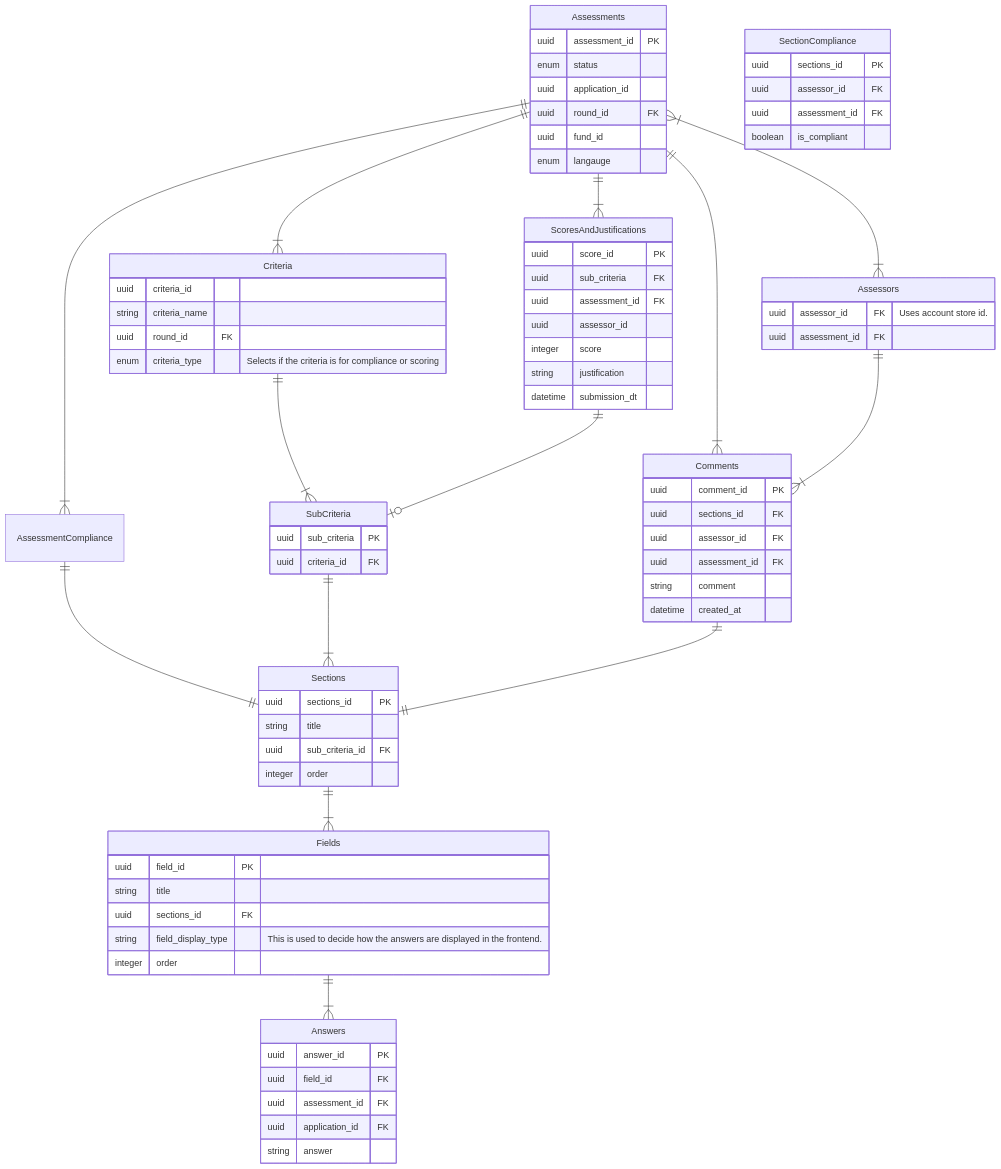
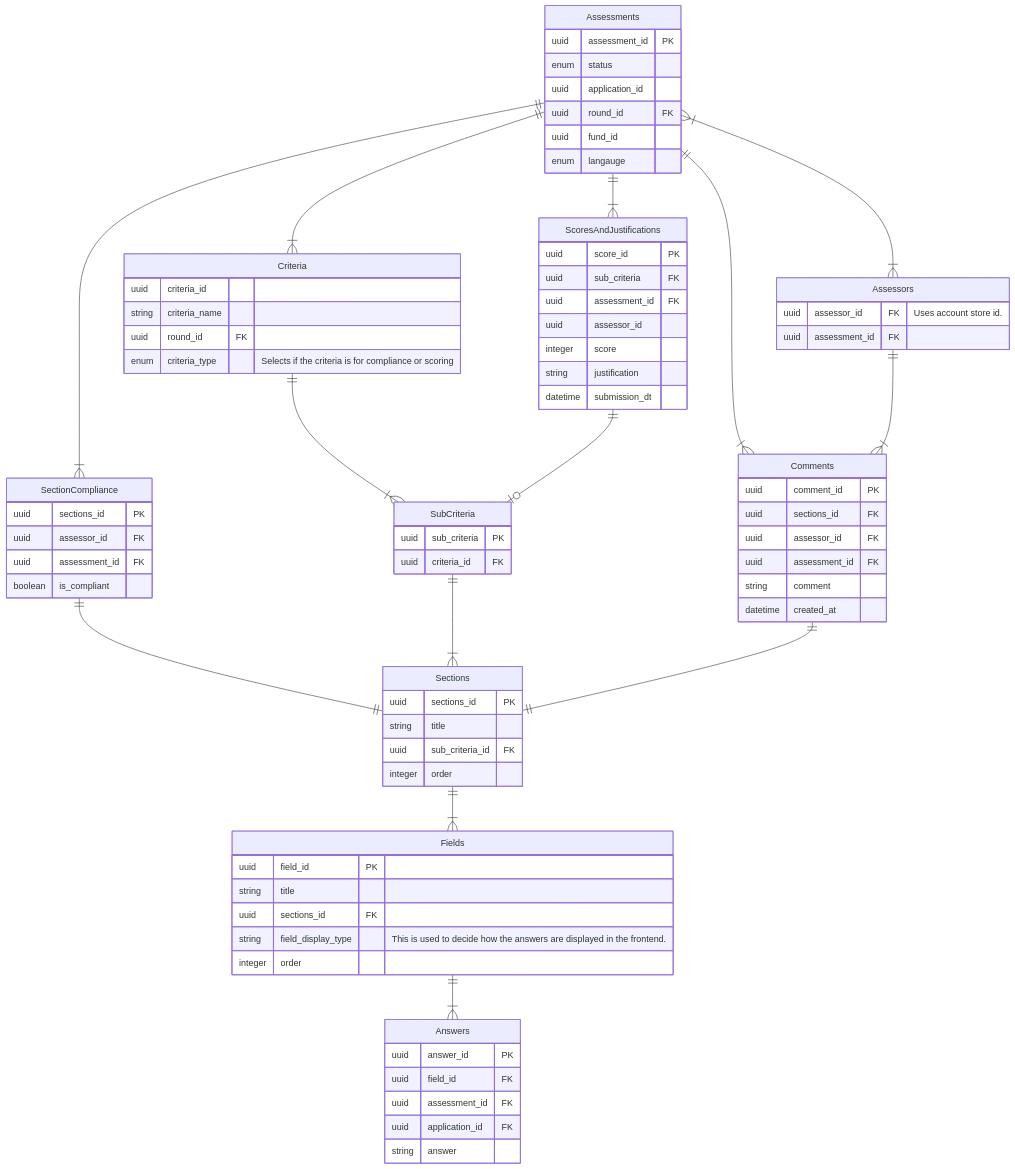
One commit to communitiesuk/funding-service-design-assessment-store changed the diagram in diagrams/db_diagram.md. Above: the diagram before and after it, drawn with Mermaid.

````diff
--- a/diagrams/db_diagram.md
+++ b/diagrams/db_diagram.md
@@ -1,82 +1,82 @@
 ```mermaid
 erDiagram
 	SubCriteria {
 		uuid sub_criteria PK
 		uuid criteria_id FK
 	}
 	Criteria {
 		uuid criteria_id
 		string criteria_name
 		uuid round_id FK
 		enum criteria_type  "Selects if the criteria is for compliance or scoring"
 	}
 	Assessors {
 		uuid assessor_id FK "Uses account store id."
 		uuid assessment_id FK
 	}
 	Assessments {
 		uuid assessment_id PK
 		enum status
 		uuid application_id
 		uuid round_id FK
 		uuid fund_id
 		enum langauge 
 	}
 	Sections {
 		uuid sections_id PK
 		string title
 		uuid sub_criteria_id FK		
 		integer order
 	}
 	Fields {
 		uuid field_id PK
 		string title
 		uuid sections_id FK
 		string field_display_type "This is used to decide how the answers are displayed in the frontend."
 		integer order
 	}
 	Answers {
 		uuid answer_id PK
 		uuid field_id FK
 		uuid assessment_id FK
 		uuid application_id FK
 		string answer
 	}
 	ScoresAndJustifications {
 		uuid score_id PK
 		uuid sub_criteria FK
 		uuid assessment_id FK
 		uuid assessor_id
 		integer score
 		string justification
 		datetime submission_dt
 	}
 	SectionCompliance {
 		uuid sections_id PK
 		uuid assessor_id FK
 		uuid assessment_id FK
 		boolean is_compliant
 	}
 	Comments {
 		uuid comment_id PK
 		uuid sections_id FK
 		uuid assessor_id FK
 		uuid assessment_id FK
 		string comment
 		datetime created_at
 	}
 
 	Criteria ||--|{ SubCriteria : ""
-	AssessmentCompliance ||--|| Sections : ""
+	SectionCompliance ||--|| Sections : ""
 	SubCriteria ||--|{ Sections : ""
 	Sections ||--|{ Fields : ""
 	Fields ||--|{ Answers : ""
 	Assessments ||--|{ ScoresAndJustifications : ""
 	ScoresAndJustifications ||--o| SubCriteria : ""
 	Assessments }|--|{ Assessors : ""
 	Assessments ||--|{ Criteria : ""
 	Assessments ||--|{ Comments : ""
-	Assessments ||--|{ AssessmentCompliance : ""
+	Assessments ||--|{ SectionCompliance : ""
 	Assessors ||--|{ Comments : ""
 	Comments ||--|| Sections : ""
 ```
````
